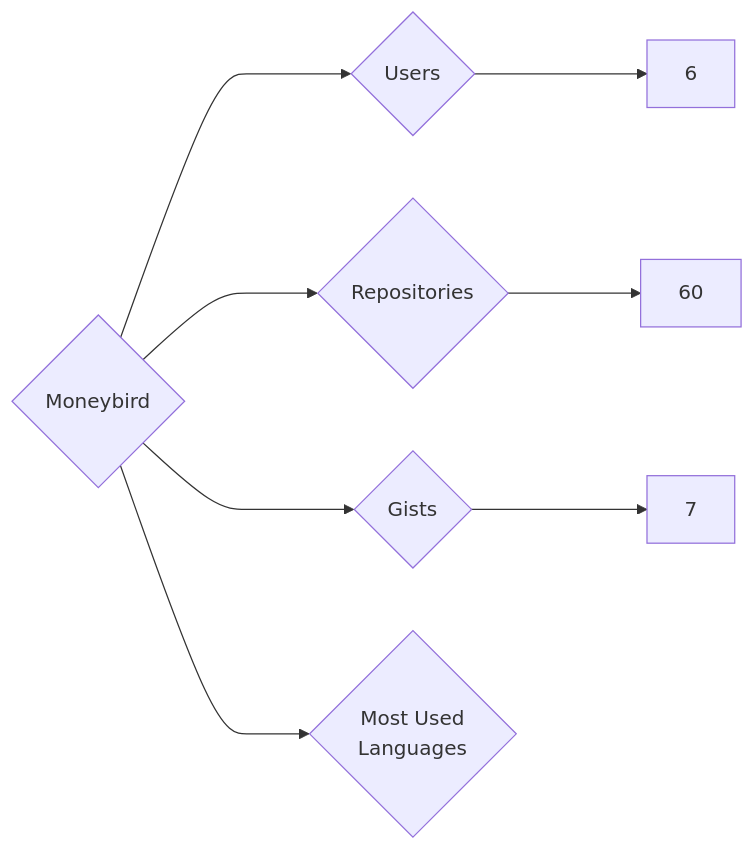
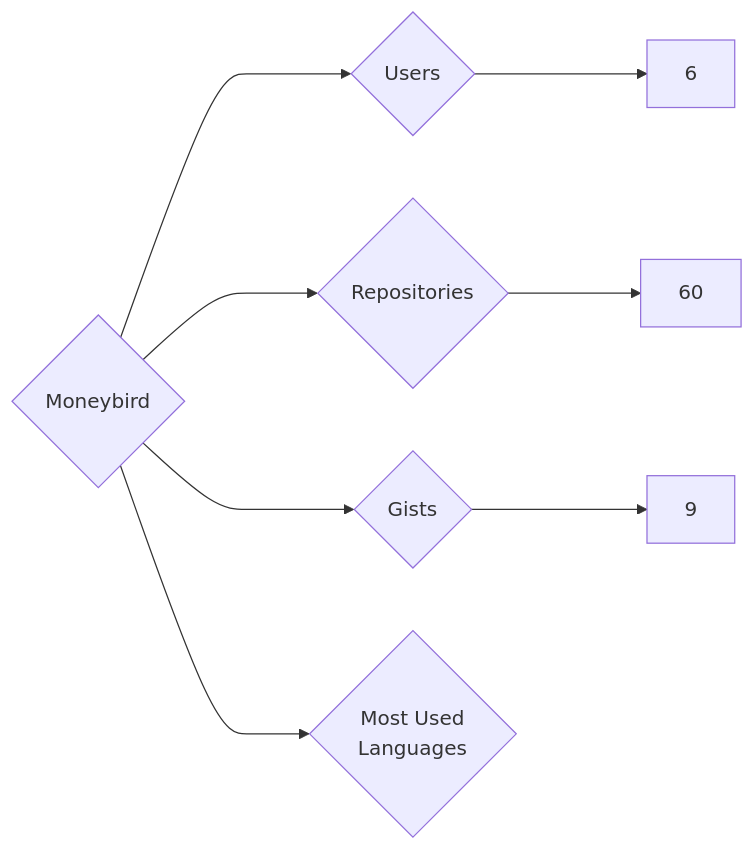
One commit to nenadzaric/insiders changed the diagram in targets/Moneybird/README.md. Above: the diagram before and after it, drawn with Mermaid. The commit also changed 1342 other files, not shown here.

````diff
--- a/targets/Moneybird/README.md
+++ b/targets/Moneybird/README.md
@@ -3,8 +3,8 @@
 ```mermaid
 graph LR
 COMPANY_NAME{Moneybird}
 COMPANY_NAME ---> U{Users} ---> UN[6]
 COMPANY_NAME ---> R{Repositories} ---> RN[60]
-COMPANY_NAME ---> G{Gists} ---> GN[7]
+COMPANY_NAME ---> G{Gists} ---> GN[9]
 COMPANY_NAME ---> ML{Most Used<br>Languages}
 ```
````
